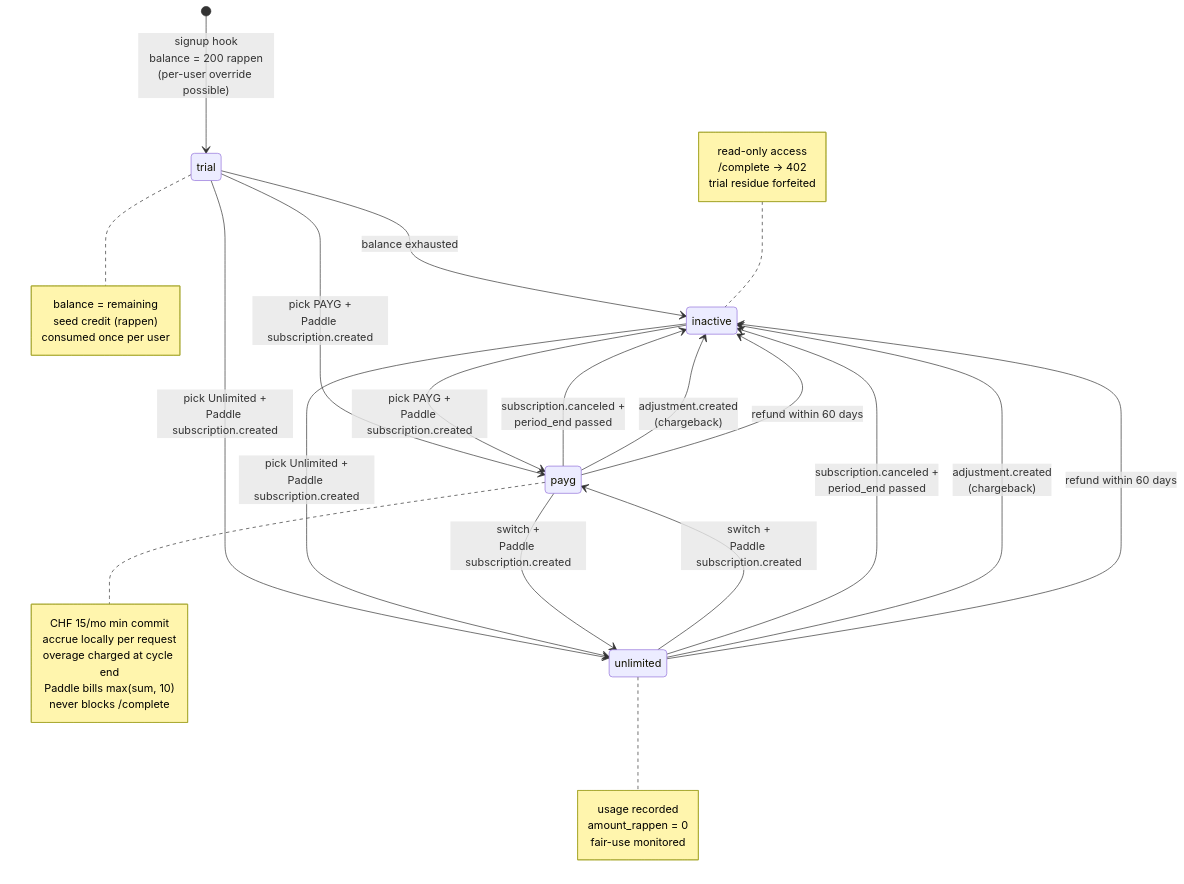
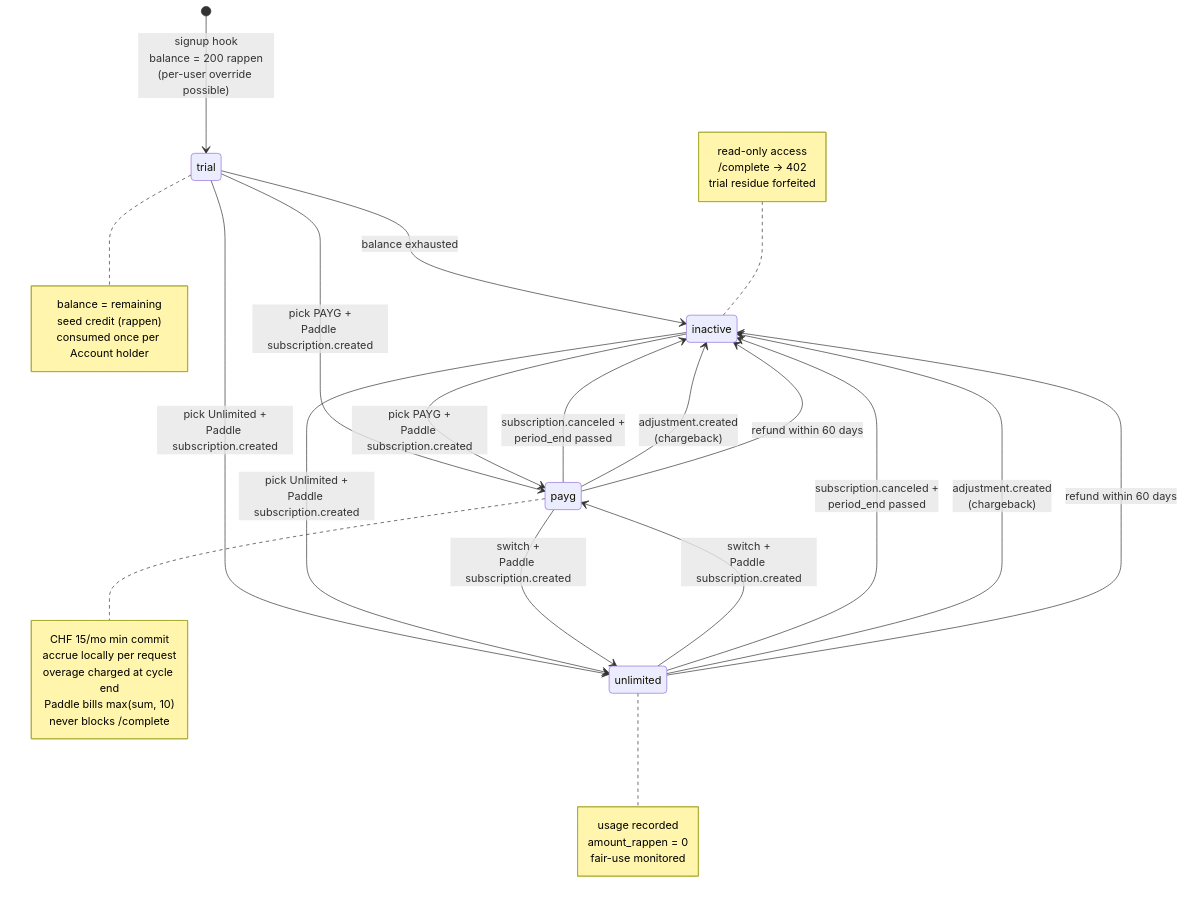
The third of 7 diagrams in docs/specs/billing.md (cognos-io/chat.cognos.io), drawn with Mermaid before and after one commit. The commit also changed other lines of this file and 67 other files, not shown here.

````diff
--- a/docs/specs/billing.md
+++ b/docs/specs/billing.md
@@ -398,40 +400,40 @@
 ```mermaid
 stateDiagram-v2
     [*] --> trial: signup hook<br/>balance = 200 rappen<br/>(per-user override possible)
     trial --> inactive: balance exhausted
     trial --> payg: pick PAYG +<br/>Paddle subscription.created
     trial --> unlimited: pick Unlimited +<br/>Paddle subscription.created
     inactive --> payg: pick PAYG +<br/>Paddle subscription.created
     inactive --> unlimited: pick Unlimited +<br/>Paddle subscription.created
     payg --> unlimited: switch +<br/>Paddle subscription.created
     unlimited --> payg: switch +<br/>Paddle subscription.created
     payg --> inactive: subscription.canceled +<br/>period_end passed
     unlimited --> inactive: subscription.canceled +<br/>period_end passed
     payg --> inactive: adjustment.created<br/>(chargeback)
     unlimited --> inactive: adjustment.created<br/>(chargeback)
     payg --> inactive: refund within 60 days
     unlimited --> inactive: refund within 60 days
 
     note right of trial
         balance = remaining
         seed credit (rappen)
-        consumed once per user
+        consumed once per Account holder
     end note
     note right of payg
         CHF 15/mo min commit
         accrue locally per request
         overage charged at cycle end
         Paddle bills max(sum, 10)
         never blocks /complete
     end note
     note right of unlimited
         usage recorded
         amount_rappen = 0
         fair-use monitored
     end note
     note left of inactive
         read-only access
         /complete → 402
         trial residue forfeited
     end note
 ```
````
